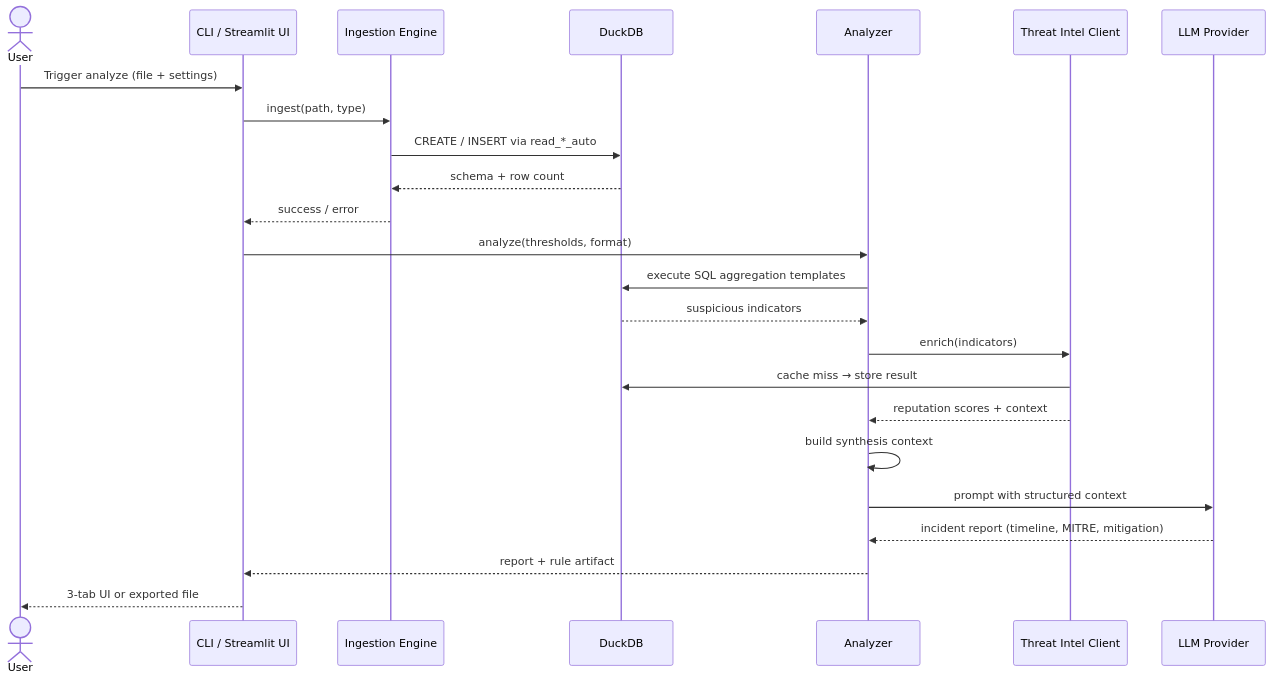
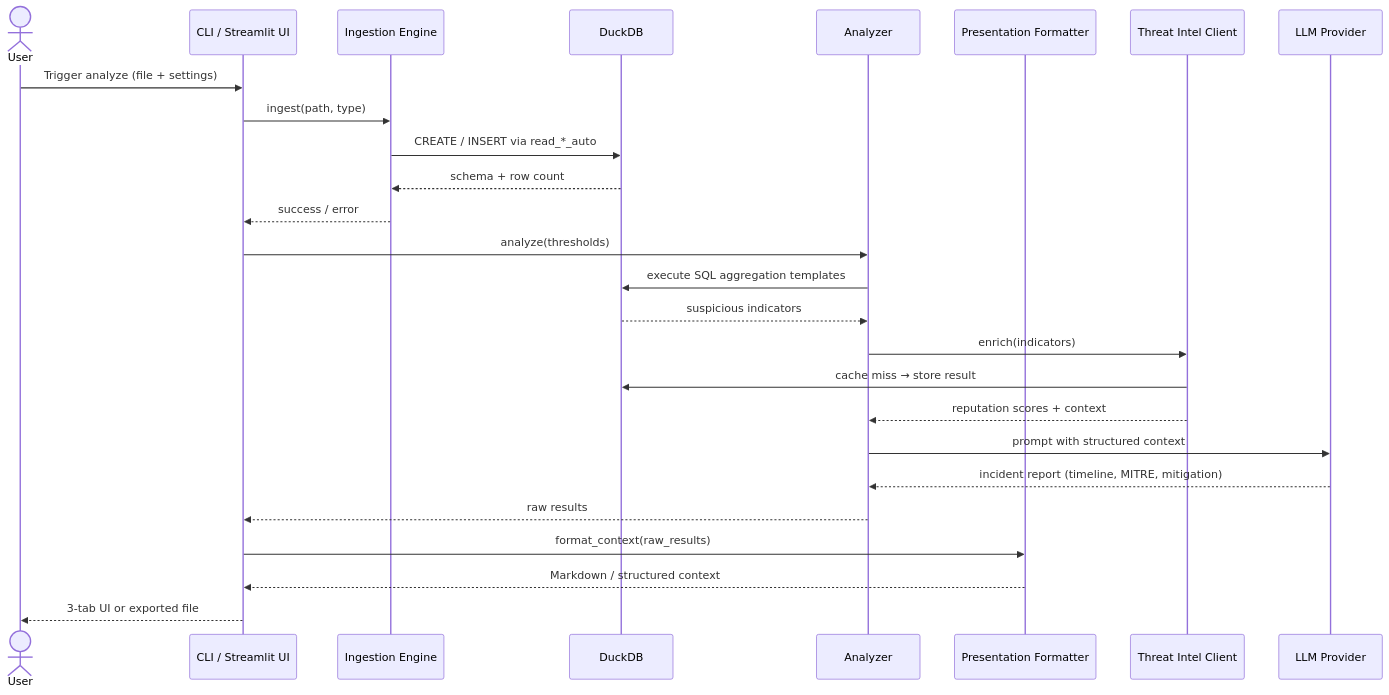
One commit to doubledare704/ovs-logs changed the second of 2 diagrams in docs/architecture.md. Above: the diagram before and after it, drawn with Mermaid. The commit also changed other lines of this file and 6 other files, not shown here.

First line of the commit message:
feat: add source IP sequence SQL template and enhance context formatting (#30)

````diff
--- a/docs/architecture.md
+++ b/docs/architecture.md
@@ -63,27 +69,29 @@
 ```mermaid
 sequenceDiagram
     actor U as User
     participant C as CLI / Streamlit UI
     participant I as Ingestion Engine
     participant D as DuckDB
     participant A as Analyzer
+    participant P as Presentation Formatter
     participant T as Threat Intel Client
     participant L as LLM Provider
 
     U->>C: Trigger analyze (file + settings)
     C->>I: ingest(path, type)
     I->>D: CREATE / INSERT via read_*_auto
     D-->>I: schema + row count
     I-->>C: success / error
-    C->>A: analyze(thresholds, format)
+    C->>A: analyze(thresholds)
     A->>D: execute SQL aggregation templates
     D-->>A: suspicious indicators
     A->>T: enrich(indicators)
     T->>D: cache miss → store result
     T-->>A: reputation scores + context
-    A->>A: build synthesis context
     A->>L: prompt with structured context
     L-->>A: incident report (timeline, MITRE, mitigation)
-    A-->>C: report + rule artifact
+    A-->>C: raw results
+    C->>P: format_context(raw_results)
+    P-->>C: Markdown / structured context
     C-->>U: 3-tab UI or exported file
 ```
````
